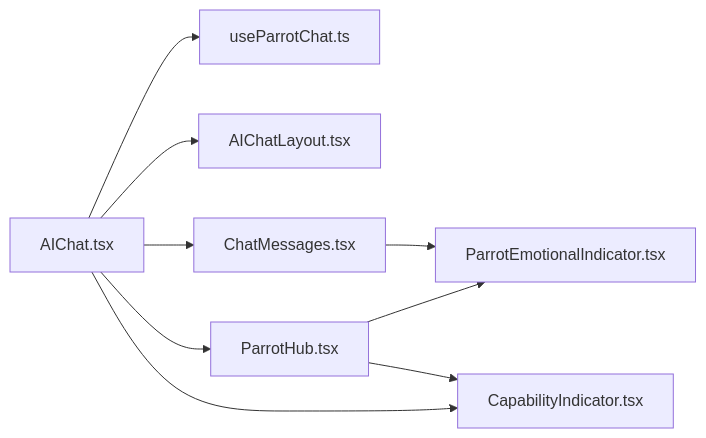
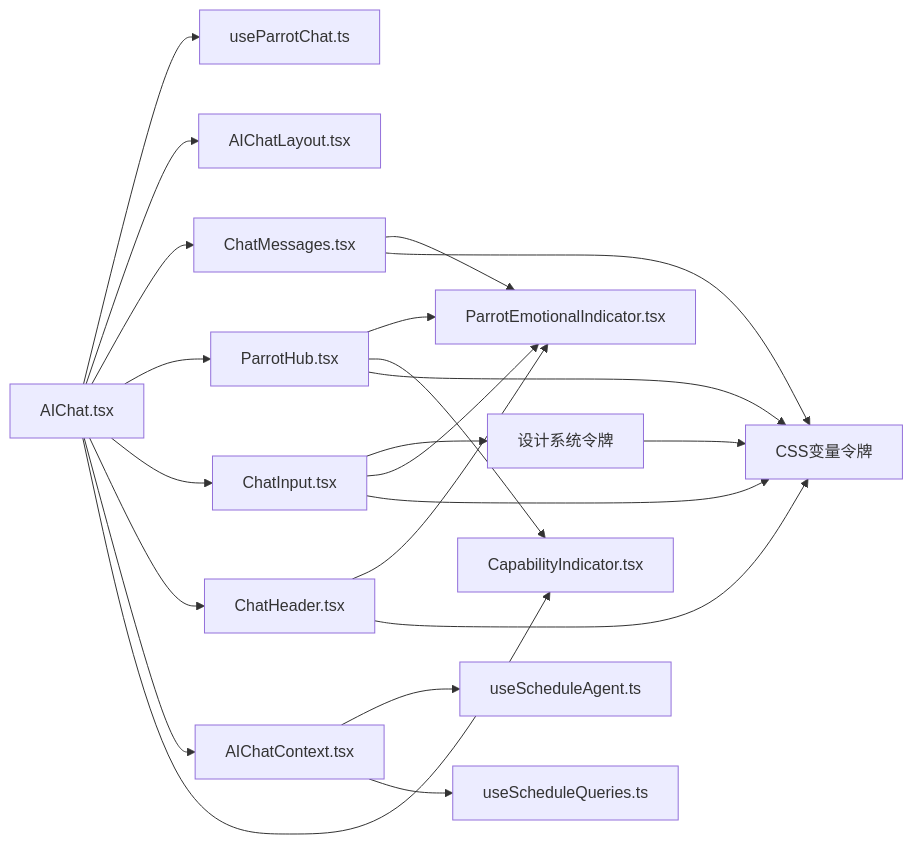
One commit to hrygo/memos changed the sixth of 6 diagrams in .qoder/repowiki/zh/content/UI 组件库/AI 聊天组件/AI 聊天组件.md. Above: the diagram before and after it, drawn with Mermaid. The commit also changed other lines of this file and 29 other files, not shown here.

````diff
--- a/.qoder/repowiki/zh/content/UI 组件库/AI 聊天组件/AI 聊天组件.md
+++ b/.qoder/repowiki/zh/content/UI 组件库/AI 聊天组件/AI 聊天组件.md
@@ -230,11 +458,24 @@
 ```mermaid
 graph LR
 AIChat["AIChat.tsx"] --> Hook["useParrotChat.ts"]
 AIChat --> Layout["AIChatLayout.tsx"]
 AIChat --> Msg["ChatMessages.tsx"]
 AIChat --> Hub["ParrotHub.tsx"]
+AIChat --> Input["ChatInput.tsx"]
+AIChat --> Header["ChatHeader.tsx"]
+AIChat --> Context["AIChatContext.tsx"]
+Context --> ScheduleHook["useScheduleAgent.ts"]
+Context --> ScheduleQueries["useScheduleQueries.ts"]
 Msg --> Emo["ParrotEmotionalIndicator.tsx"]
 Hub --> Emo
 Hub --> CapInd["CapabilityIndicator.tsx"]
 AIChat --> CapInd
+Input --> DesignTokens["设计系统令牌"]
+Input --> Emo
+Header --> Emo
+DesignTokens --> Tokens["CSS变量令牌"]
+Msg --> Tokens
+Hub --> Tokens
+Input --> Tokens
+Header --> Tokens
 ```
````
